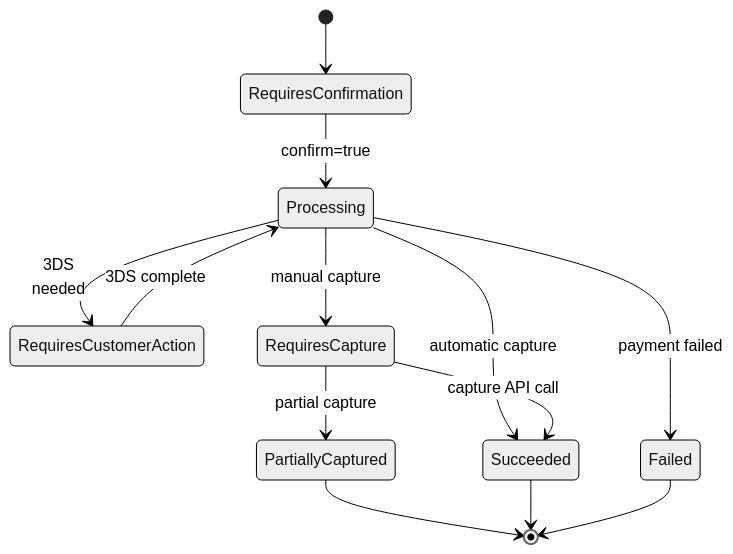
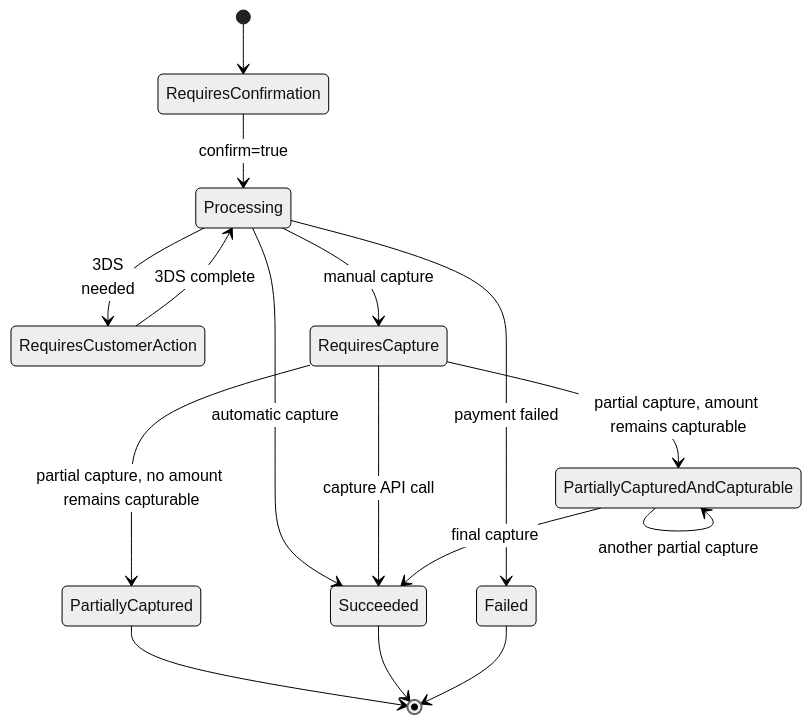
Before and after one commit to juspay/hyperswitch-docs: the ninth of 9 diagrams in integration-guide/payment-suite/payments/README.md, drawn with Mermaid (neutral theme). The commit also changed other lines of this file, not shown here.

Commit message:
docs(payments): correct capture and refund states (#330)

````diff
--- a/integration-guide/payment-suite/payments/README.md
+++ b/integration-guide/payment-suite/payments/README.md
@@ -392,15 +402,18 @@
 ```mermaid
 stateDiagram-v2
     [*] --> RequiresConfirmation
     RequiresConfirmation --> Processing : confirm=true
     Processing --> RequiresCustomerAction : 3DS<br>needed       
     RequiresCustomerAction --> Processing : 3DS complete
     Processing --> RequiresCapture : manual capture
     Processing --> Succeeded : automatic capture
     Processing --> Failed : payment failed
     RequiresCapture --> Succeeded : capture API call
-    RequiresCapture --> PartiallyCaptured : partial capture
+    RequiresCapture --> PartiallyCaptured : partial capture, no amount remains capturable
+    RequiresCapture --> PartiallyCapturedAndCapturable : partial capture, amount remains capturable
+    PartiallyCapturedAndCapturable --> PartiallyCapturedAndCapturable : another partial capture
+    PartiallyCapturedAndCapturable --> Succeeded : final capture
     PartiallyCaptured --> [*]
     Succeeded --> [*]
     Failed --> [*]       
 ```
````
